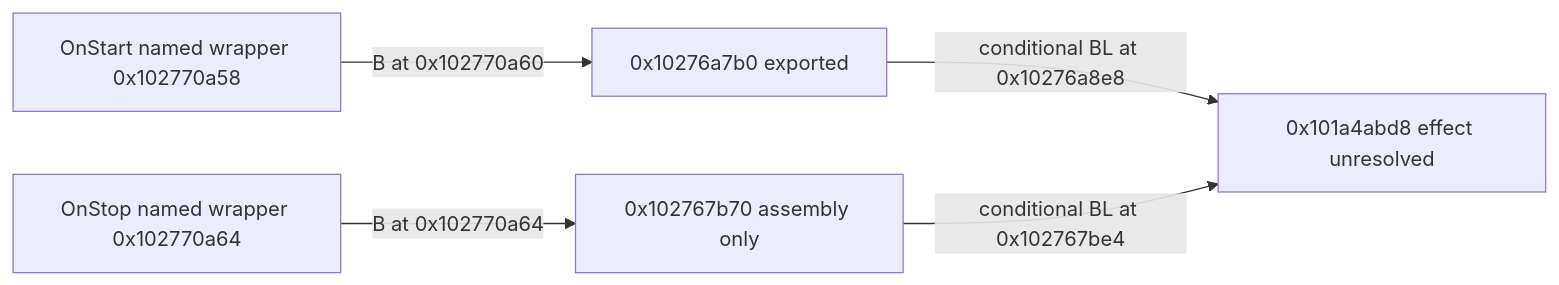
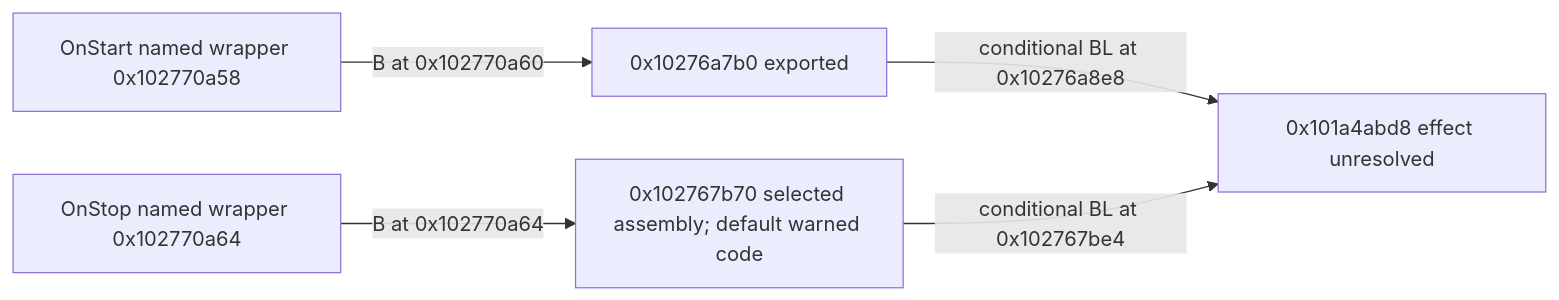
One commit to hoidn/sound changed the fifth of 6 diagrams in wiki/research/program-structure.md. Above: the diagram before and after it, drawn with Mermaid. The commit also changed other lines of this file and 26 other files, not shown here.

````diff
--- a/wiki/research/program-structure.md
+++ b/wiki/research/program-structure.md
@@ -160,7 +160,7 @@
 ```mermaid
 flowchart LR
     A[OnStart named wrapper 0x102770a58] -->|B at 0x102770a60| B[0x10276a7b0 exported]
-    C[OnStop named wrapper 0x102770a64] -->|B at 0x102770a64| D[0x102767b70 assembly only]
+    C[OnStop named wrapper 0x102770a64] -->|B at 0x102770a64| D[0x102767b70 selected assembly; default warned code]
     B -->|conditional BL at 0x10276a8e8| E[0x101a4abd8 effect unresolved]
     D -->|conditional BL at 0x102767be4| E
 ```
````
